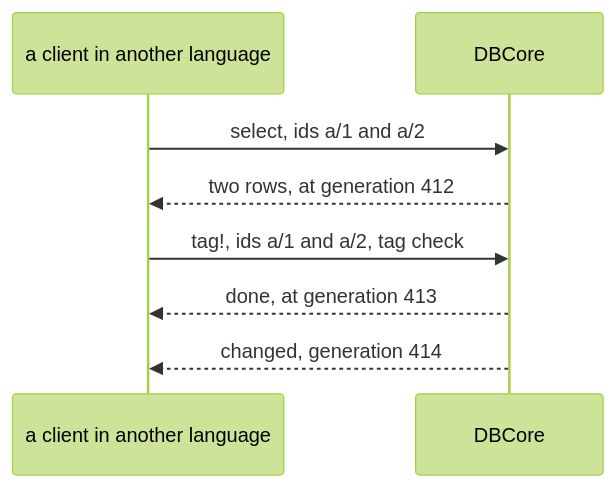
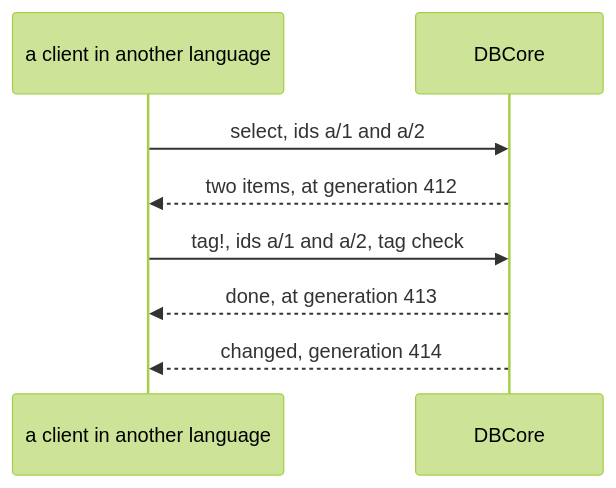
Before and after one commit to digiefel/DataBrowser: the third of 3 diagrams in docs/plans/client-api.md, drawn with Mermaid (forest theme). The commit also changed other lines of this file and 5 other files, not shown here.

````diff
--- a/docs/plans/client-api.md
+++ b/docs/plans/client-api.md
@@ -206,10 +208,10 @@
 ```mermaid
 sequenceDiagram
     participant P as a client in another language
     participant R as DBCore
     P->>R: select, ids a/1 and a/2
-    R-->>P: two rows, at generation 412
+    R-->>P: two items, at generation 412
     P->>R: tag!, ids a/1 and a/2, tag check
     R-->>P: done, at generation 413
     R-->>P: changed, generation 414
 ```
````
